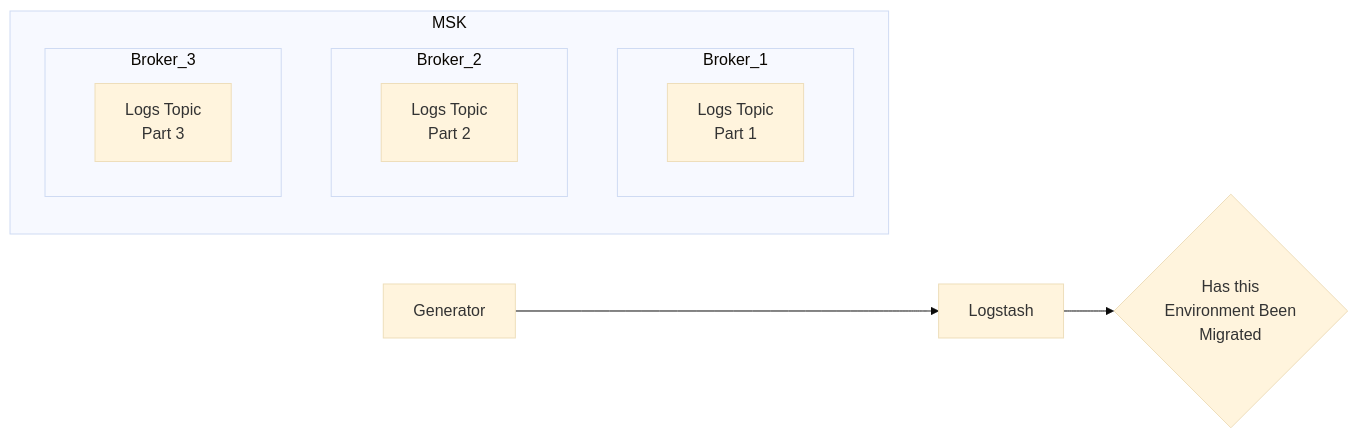
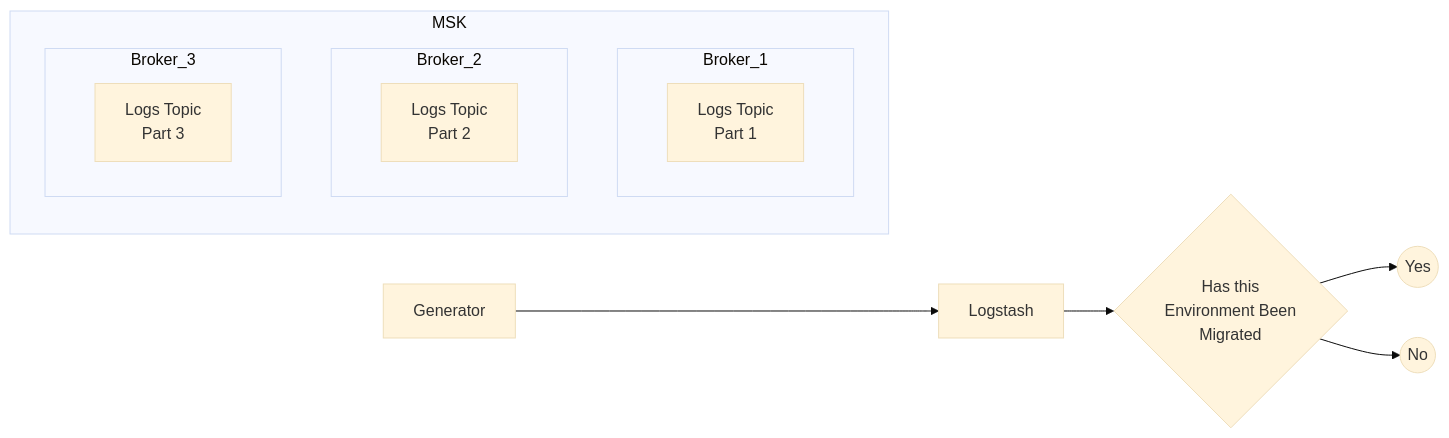
The second of 2 diagrams in README.md (Saskia-MDTP/can-hedgehogs-fly), drawn with Mermaid (base theme) before and after one commit.

````diff
--- a/README.md
+++ b/README.md
@@ -15,16 +15,18 @@
 ```mermaid
   graph LR;
       subgraph MSK
           subgraph Broker_1
               P1[Logs Topic<br/>Part 1];
            end
           subgraph Broker_2
               P2[Logs Topic<br/>Part 2];
            end
           subgraph Broker_3
               P3[Logs Topic<br/>Part 3];
            end
        end
    Generator-->Logstash;
    Logstash-->Q1{Has this<br/>Environment Been<br/>Migrated};
+   Q1-->Y1((Yes));
+   Q1-->N1((No));
 ```
````
